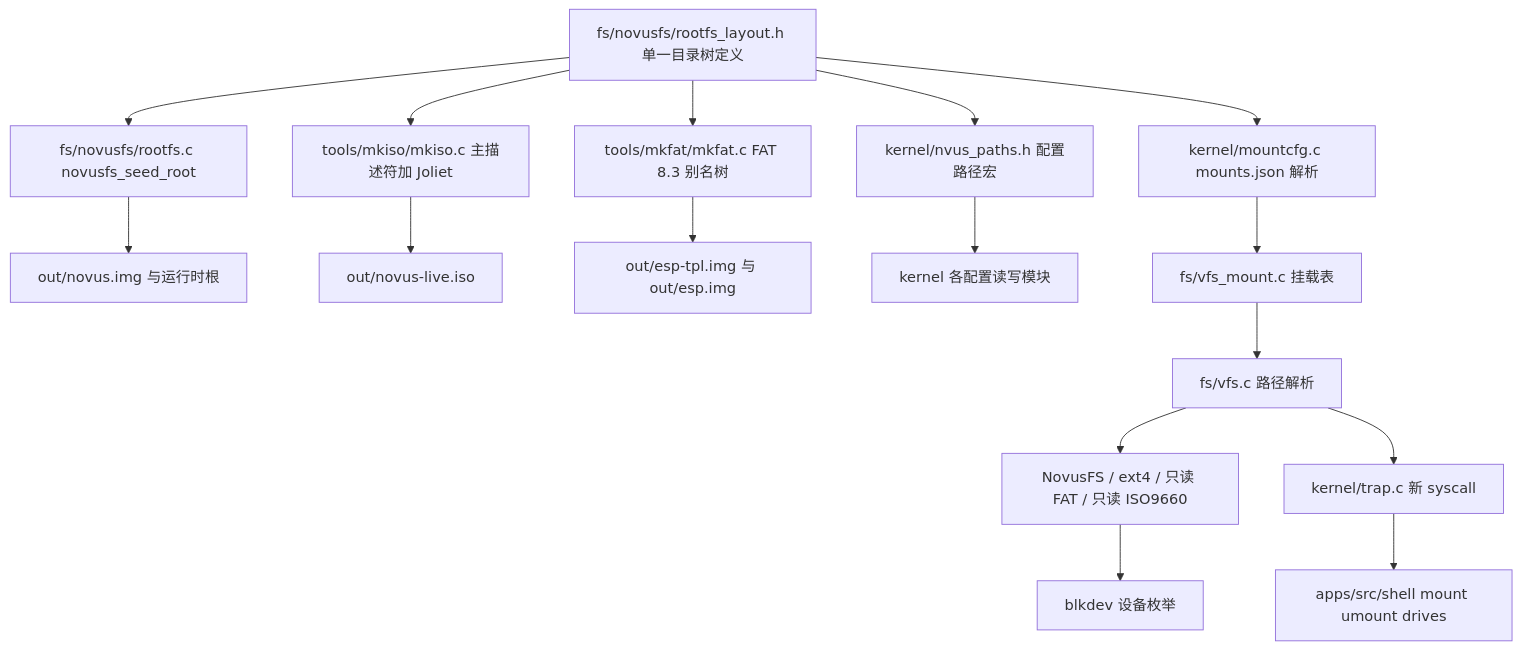
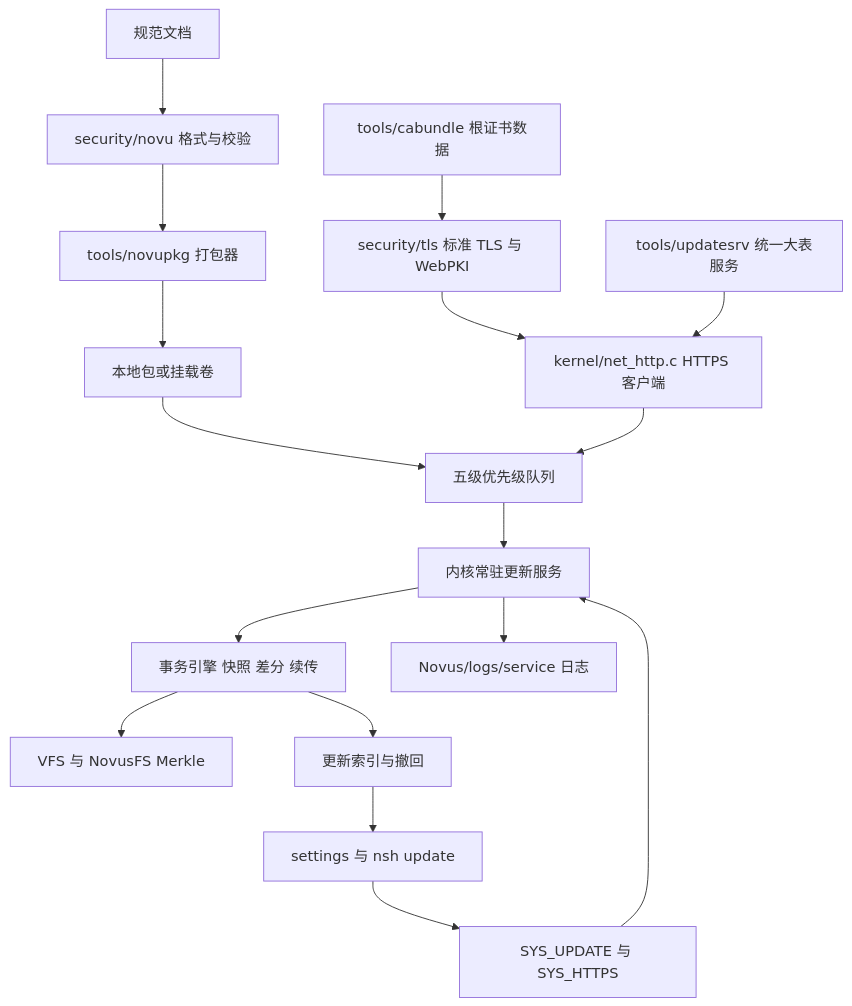
The diagram in .codebuddy/plans/novus-directory-layout-and-real-mounts_ef984344.md (chen-xin-Liam/novus-os), drawn with Mermaid before and after one commit. The commit also changed other lines of this file and 96 other files, not shown here.

````diff
--- a/.codebuddy/plans/novus-directory-layout-and-real-mounts_ef984344.md
+++ b/.codebuddy/plans/novus-directory-layout-and-real-mounts_ef984344.md
@@ -125,18 +101,19 @@
 ```mermaid
 flowchart TD
-  L["fs/novusfs/rootfs_layout.h 单一目录树定义"] --> R["fs/novusfs/rootfs.c novusfs_seed_root"]
-  L --> I["tools/mkiso/mkiso.c 主描述符加 Joliet"]
-  L --> F["tools/mkfat/mkfat.c FAT 8.3 别名树"]
-  L --> C["kernel/mountcfg.c mounts.json 解析"]
-  L --> P["kernel/nvus_paths.h 配置路径宏"]
-  R --> SYS["out/novus.img 与运行时根"]
-  I --> ISO["out/novus-live.iso"]
-  F --> ESP["out/esp-tpl.img 与 out/esp.img"]
-  P --> K["kernel 各配置读写模块"]
-  C --> MT["fs/vfs_mount.c 挂载表"]
-  MT --> V["fs/vfs.c 路径解析"]
-  V --> B["NovusFS / ext4 / 只读 FAT / 只读 ISO9660"]
-  V --> T["kernel/trap.c 新 syscall"]
-  T --> S["apps/src/shell mount umount drives"]
-  B --> D["blkdev 设备枚举"]
+  SPEC["规范文档"] --> FMT["security/novu 格式与校验"]
+  FMT --> PKG["tools/novupkg 打包器"]
+  CA["tools/cabundle 根证书数据"] --> TLS["security/tls 标准 TLS 与 WebPKI"]
+  TLS --> HTTP["kernel/net_http.c HTTPS 客户端"]
+  SRV["tools/updatesrv 统一大表服务"] --> HTTP
+  PKG --> LOCAL["本地包或挂载卷"]
+  LOCAL --> QUEUE["五级优先级队列"]
+  HTTP --> QUEUE
+  QUEUE --> SVC["内核常驻更新服务"]
+  SVC --> APPLY["事务引擎 快照 差分 续传"]
+  APPLY --> VFS["VFS 与 NovusFS Merkle"]
+  APPLY --> IDX["更新索引与撤回"]
+  IDX --> UI["settings 与 nsh update"]
+  SVC --> LOG["Novus/logs/service 日志"]
+  UI --> SYSUPDATE["SYS_UPDATE 与 SYS_HTTPS"]
+  SYSUPDATE --> SVC
 ```
````
